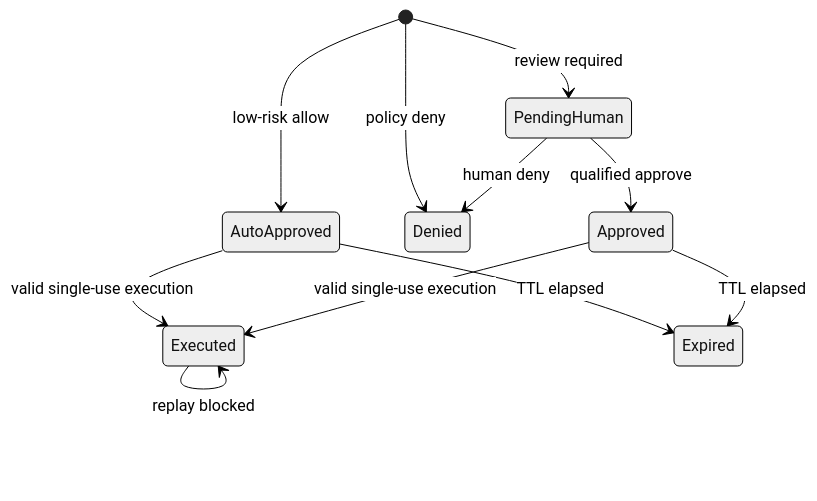
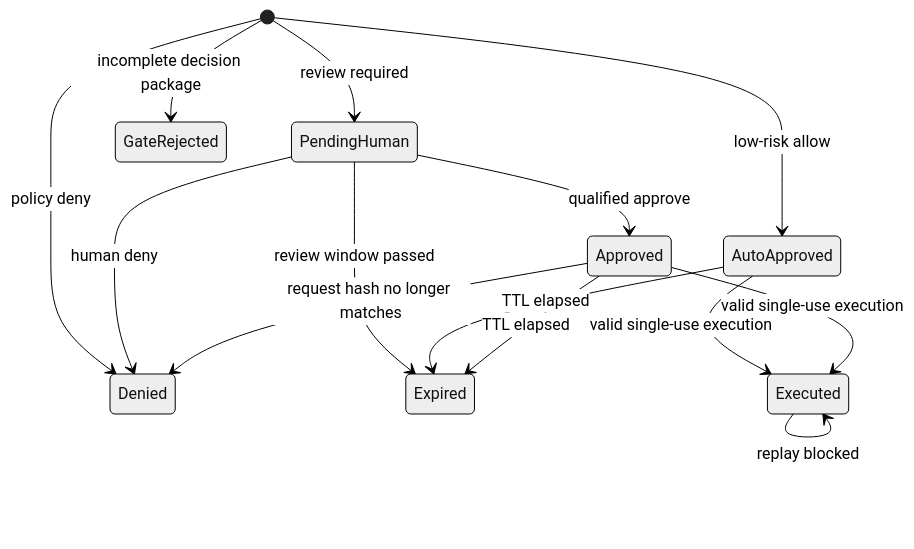
The second of 2 diagrams in docs/ARCHITECTURE.md (trivediroshan1-ui/mcp-human-approval-gateway), drawn with Mermaid (neutral theme) before and after one commit. The commit also changed other lines of this file and 8 other files, not shown here.

Commit message:
Update docs: workflow diagram, corrected behaviour, limits, changelog

````diff
--- a/docs/ARCHITECTURE.md
+++ b/docs/ARCHITECTURE.md
@@ -99,13 +129,16 @@
 ```mermaid
 stateDiagram-v2
     [*] --> AutoApproved: low-risk allow
     [*] --> PendingHuman: review required
     [*] --> Denied: policy deny
+    [*] --> GateRejected: incomplete decision package
     PendingHuman --> Approved: qualified approve
     PendingHuman --> Denied: human deny
+    PendingHuman --> Expired: review window passed
+    Approved --> Denied: request hash no longer matches
     AutoApproved --> Executed: valid single-use execution
     Approved --> Executed: valid single-use execution
     AutoApproved --> Expired: TTL elapsed
     Approved --> Expired: TTL elapsed
     Executed --> Executed: replay blocked
 ```
````
